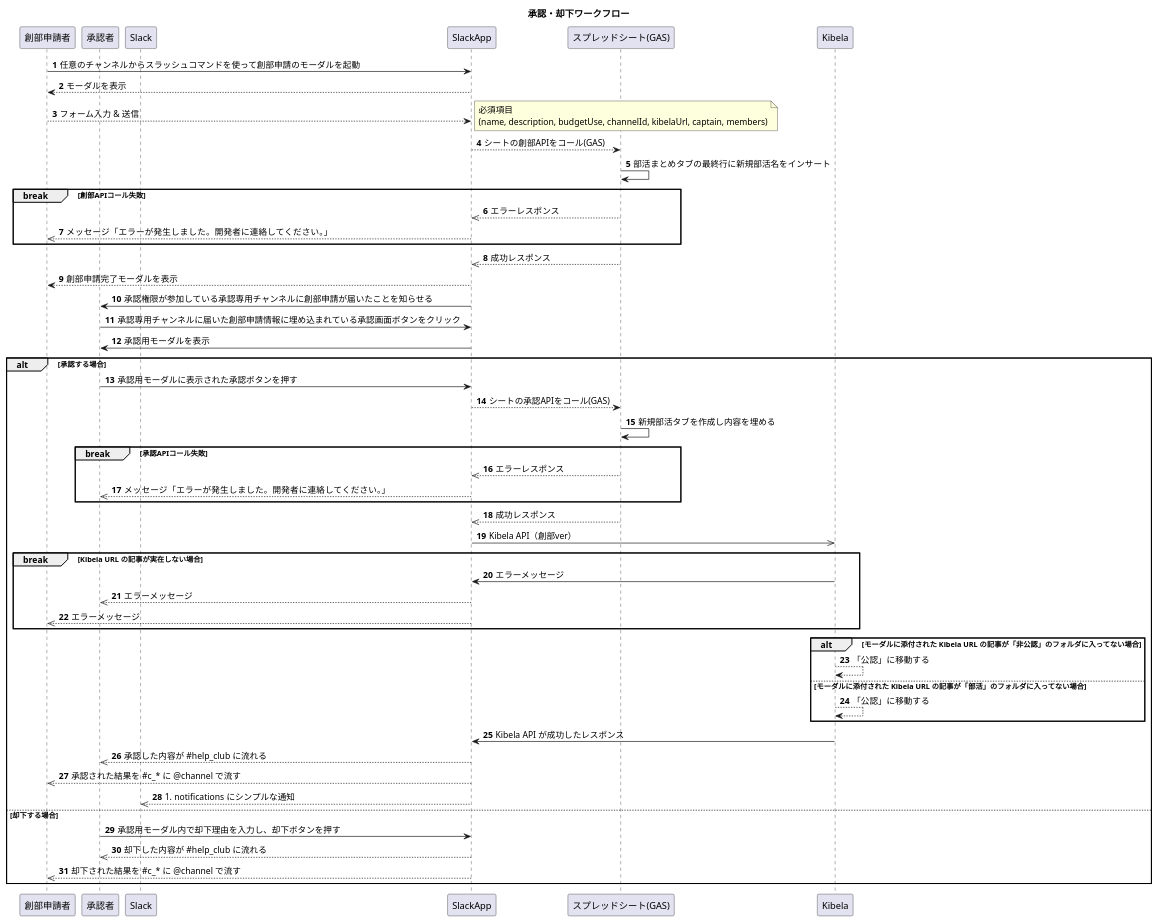
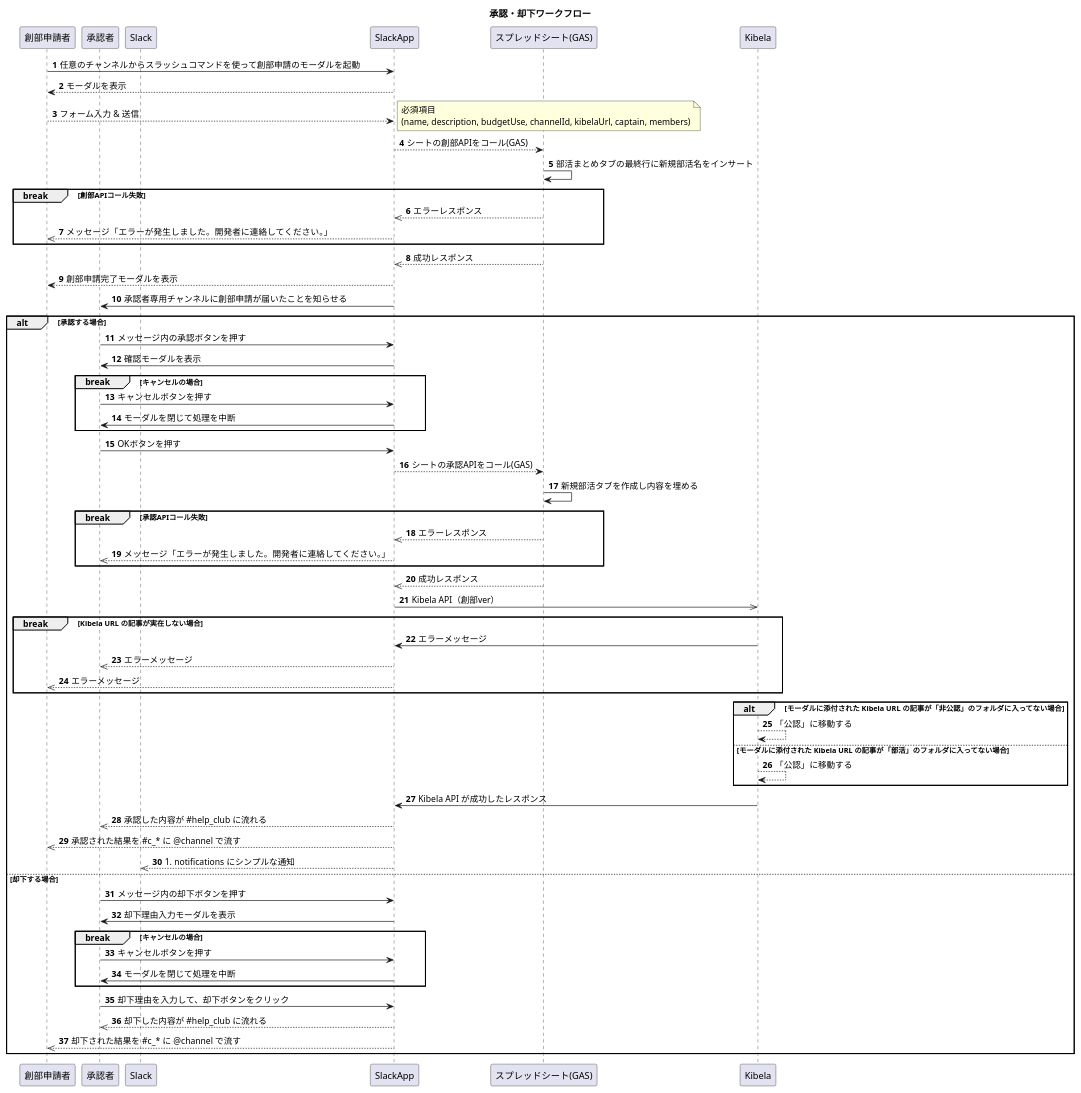
Before and after one commit to tam-bourine/club-entry-manager: the diagram in docs/sequence-diagram/CreateClub.pu, drawn with PlantUML.

Commit message:
docs: update modal flow in sequence

```diff
--- a/docs/sequence-diagram/CreateClub.pu
+++ b/docs/sequence-diagram/CreateClub.pu
@@ -1,68 +1,84 @@
 @startuml
 
 title 承認・却下ワークフロー
 
 autonumber
 participant 創部申請者 as captain
 participant 承認者 as auth
 participant Slack as slack
 participant SlackApp as slackapp
 participant "スプレッドシート(GAS)" as sheet
 participant Kibela as kibela
 
 captain -> slackapp: 任意のチャンネルからスラッシュコマンドを使って創部申請のモーダルを起動
 slackapp --> captain: モーダルを表示
 captain --> slackapp: フォーム入力 & 送信
 note right: 必須項目\n(name, description, budgetUse, channelId, kibelaUrl, captain, members)
 slackapp --> sheet: シートの創部APIをコール(GAS)
 sheet -> sheet: 部活まとめタブの最終行に新規部活名をインサート
 
 break 創部APIコール失敗
     sheet -->> slackapp: エラーレスポンス
     slackapp -->> captain: メッセージ「エラーが発生しました。開発者に連絡してください。」
 end
 
 sheet -->> slackapp: 成功レスポンス
 
 slackapp --> captain: 創部申請完了モーダルを表示
-slackapp -> auth: 承認権限が参加している承認専用チャンネルに創部申請が届いたことを知らせる
-auth -> slackapp: 承認専用チャンネルに届いた創部申請情報に埋め込まれている承認画面ボタンをクリック
-slackapp -> auth: 承認用モーダルを表示
+slackapp -> auth: 承認者専用チャンネルに創部申請が届いたことを知らせる
 
 alt 承認する場合
-    auth -> slackapp: 承認用モーダルに表示された承認ボタンを押す
+    auth -> slackapp: メッセージ内の承認ボタンを押す
+    slackapp -> auth: 確認モーダルを表示
+
+    break キャンセルの場合
+        auth -> slackapp: キャンセルボタンを押す
+        slackapp -> auth: モーダルを閉じて処理を中断
+    end
+
+    auth -> slackapp: OKボタンを押す
+
     slackapp --> sheet: シートの承認APIをコール(GAS)
     sheet -> sheet: 新規部活タブを作成し内容を埋める
 
     break 承認APIコール失敗
         sheet -->> slackapp: エラーレスポンス
         slackapp -->> auth: メッセージ「エラーが発生しました。開発者に連絡してください。」
     end
 
     sheet -->> slackapp: 成功レスポンス
     slackapp ->> kibela: Kibela API（創部ver）
 
     break Kibela URL の記事が実在しない場合
         kibela -> slackapp: エラーメッセージ
         slackapp -->> auth: エラーメッセージ
         slackapp -->> captain: エラーメッセージ
     end
 
     alt モーダルに添付された Kibela URL の記事が「非公認」のフォルダに入ってない場合
         kibela --> kibela: 「公認」に移動する
     else モーダルに添付された Kibela URL の記事が「部活」のフォルダに入ってない場合
         kibela --> kibela: 「公認」に移動する
     end
 
     kibela -> slackapp: Kibela API が成功したレスポンス
     slackapp -->> auth: 承認した内容が #help_club に流れる
     slackapp -->> captain: 承認された結果を #c_* に @channel で流す
     slackapp -->> slack: #notifications にシンプルな通知
 
 else 却下する場合
-    auth -> slackapp: 承認用モーダル内で却下理由を入力し、却下ボタンを押す
+    auth -> slackapp: メッセージ内の却下ボタンを押す
+    slackapp -> auth: 却下理由入力モーダルを表示
+    
+    break キャンセルの場合
+        auth -> slackapp: キャンセルボタンを押す
+        slackapp -> auth: モーダルを閉じて処理を中断
+    end
+
+    auth -> slackapp: 却下理由を入力して、却下ボタンをクリック
+
     slackapp -->> auth: 却下した内容が #help_club に流れる
     slackapp -->> captain: 却下された結果を #c_* に @channel で流す
 end
 
 @enduml
```
